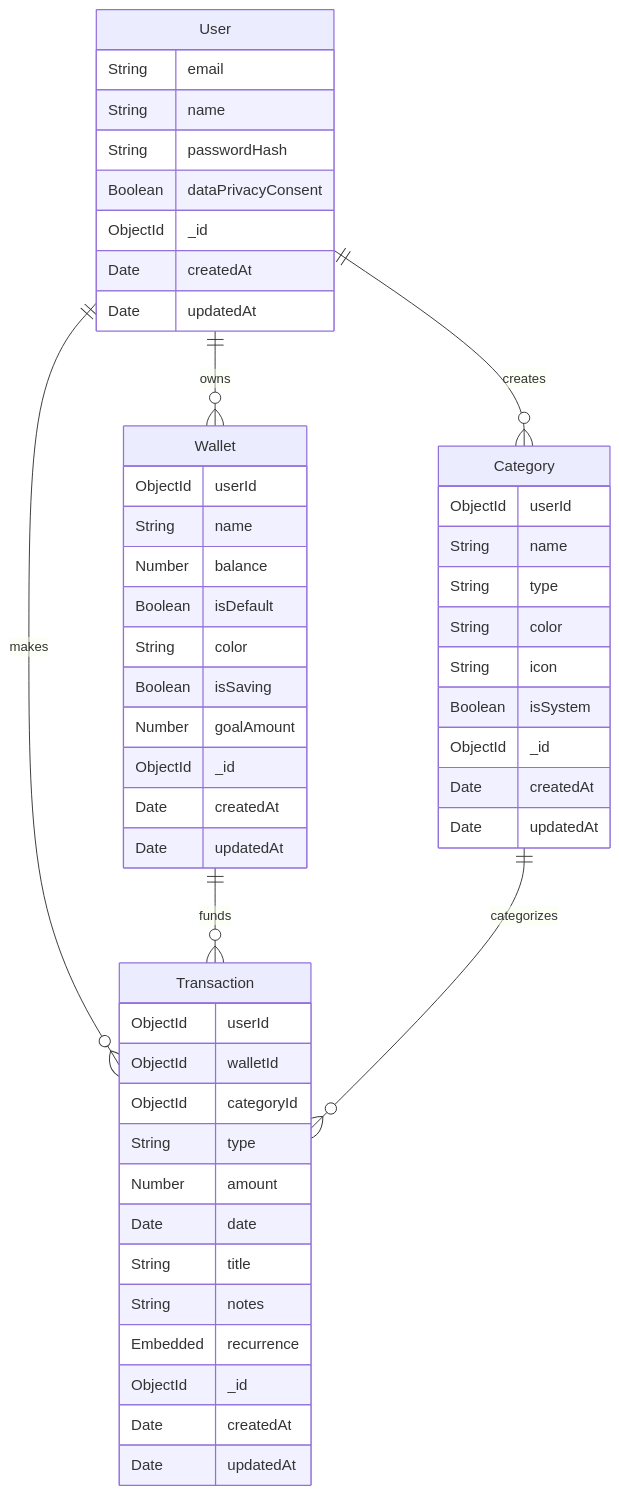
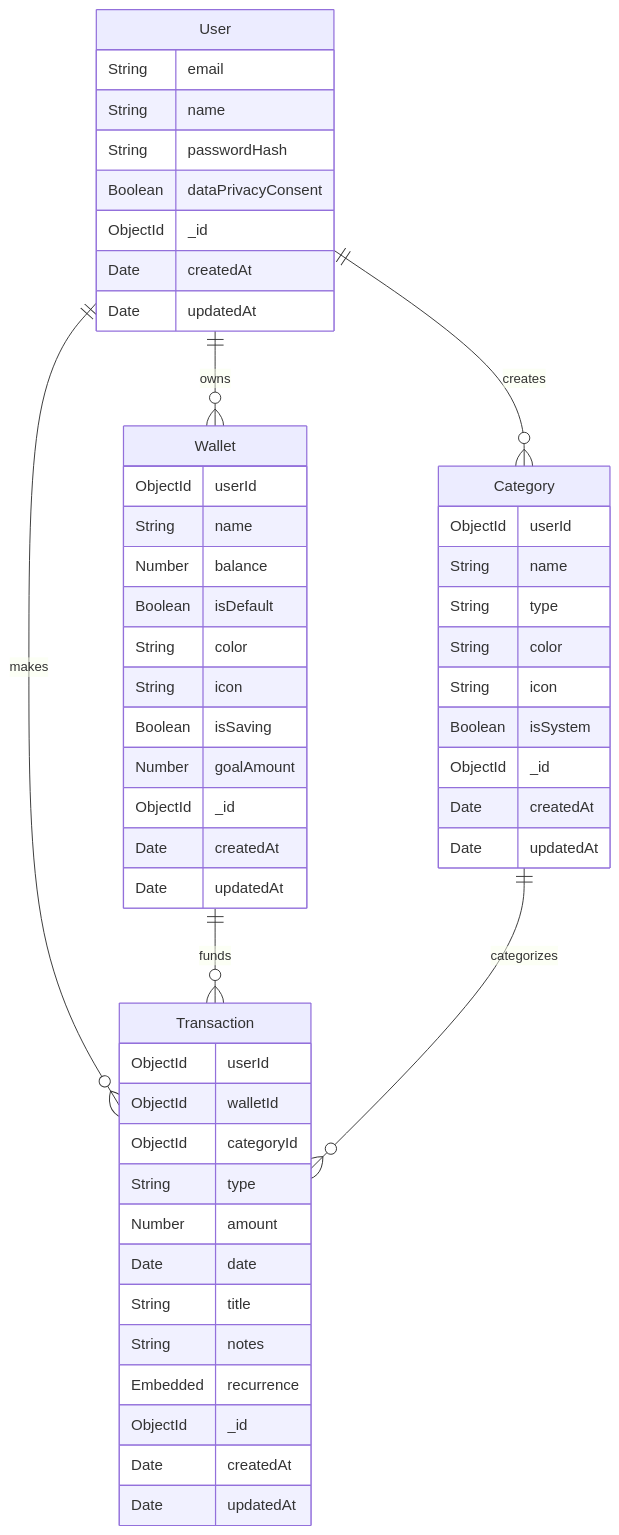
One commit to ComBiao/FinLover changed the diagram in docs/ERD.md. Above: the diagram before and after it, drawn with Mermaid.

Commit message:
docs: update ERD and codebase documentation

````diff
--- a/docs/ERD.md
+++ b/docs/ERD.md
@@ -3,59 +3,60 @@
 ```mermaid
 erDiagram
   User ||--o{ Wallet : "owns"
   User ||--o{ Category : "creates"
   User ||--o{ Transaction : "makes"
   Wallet ||--o{ Transaction : "funds"
   Category ||--o{ Transaction : "categorizes"
 
   User {
     String email
     String name
     String passwordHash
     Boolean dataPrivacyConsent
     ObjectId _id
     Date createdAt
     Date updatedAt
   }
 
   Wallet {
     ObjectId userId
     String name
     Number balance
     Boolean isDefault
     String color
+    String icon
     Boolean isSaving
     Number goalAmount
     ObjectId _id
     Date createdAt
     Date updatedAt
   }
 
   Category {
     ObjectId userId
     String name
     String type
     String color
     String icon
     Boolean isSystem
     ObjectId _id
     Date createdAt
     Date updatedAt
   }
 
   Transaction {
     ObjectId userId
     ObjectId walletId
     ObjectId categoryId
     String type
     Number amount
     Date date
     String title
     String notes
     Embedded recurrence
     ObjectId _id
     Date createdAt
     Date updatedAt
   }
 
 ```
````
